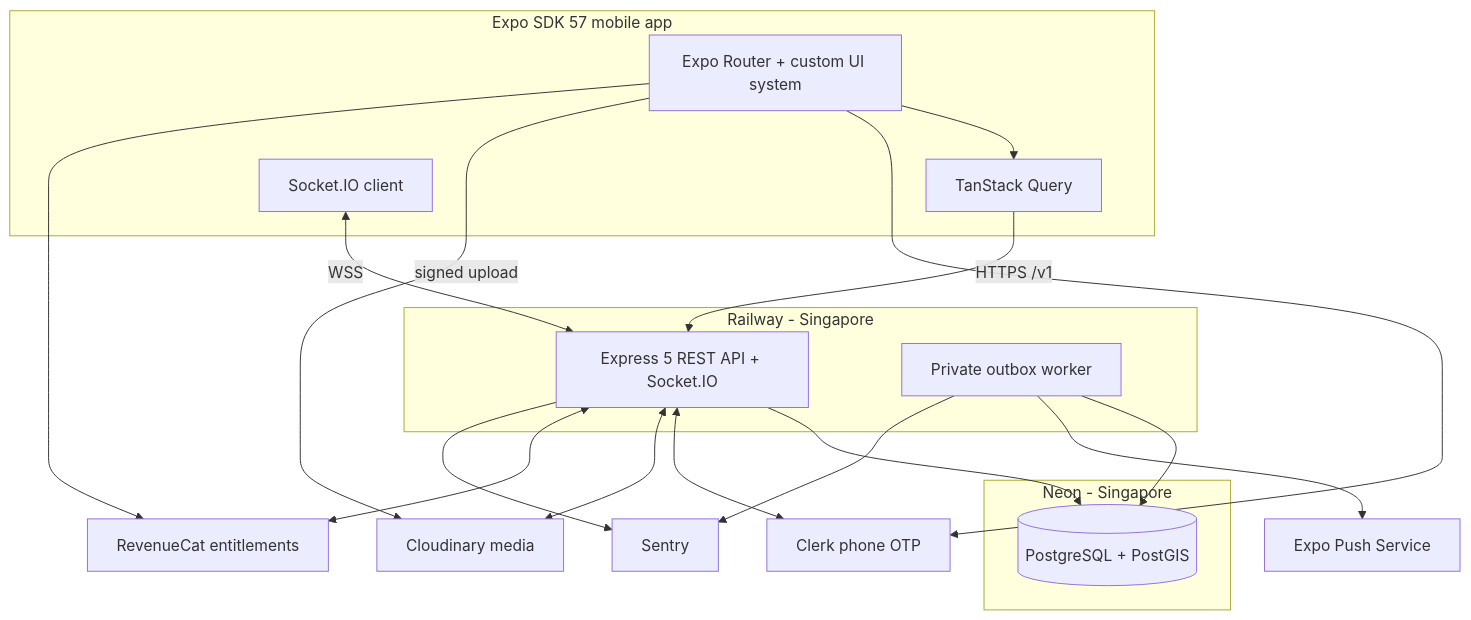
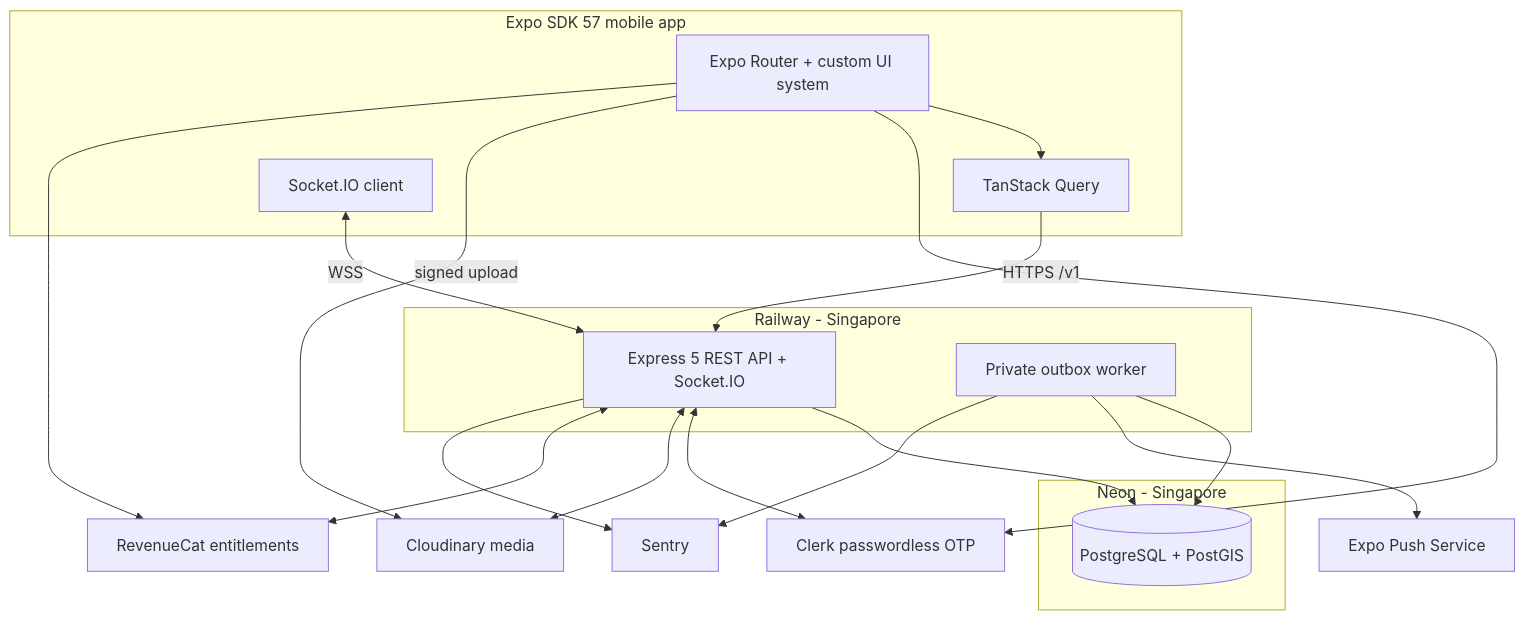
The second of 2 diagrams in README.md (jackedengineer/pro-date), drawn with Mermaid before and after one commit. The commit also changed other lines of this file, not shown here.

Commit message:
docs: document email OTP setup

````diff
--- a/README.md
+++ b/README.md
@@ -91,38 +91,38 @@
 ```mermaid
 flowchart TB
     subgraph Client[Expo SDK 57 mobile app]
         UI[Expo Router + custom UI system]
         Q[TanStack Query]
         RT[Socket.IO client]
     end
 
     subgraph Railway[Railway - Singapore]
         API[Express 5 REST API + Socket.IO]
         WORKER[Private outbox worker]
     end
 
     subgraph Data[Neon - Singapore]
         PG[(PostgreSQL + PostGIS)]
     end
 
-    CLERK[Clerk phone OTP]
+    CLERK[Clerk passwordless OTP]
     MEDIA[Cloudinary media]
     RC[RevenueCat entitlements]
     PUSH[Expo Push Service]
     SENTRY[Sentry]
 
     UI --> Q -->|HTTPS /v1| API
     RT <-->|WSS| API
     UI --> CLERK
     UI -->|signed upload| MEDIA
     UI --> RC
 
     API --> PG
     WORKER --> PG
     API <--> CLERK
     API <--> MEDIA
     API <--> RC
     WORKER --> PUSH
     API --> SENTRY
     WORKER --> SENTRY
 ```
````
